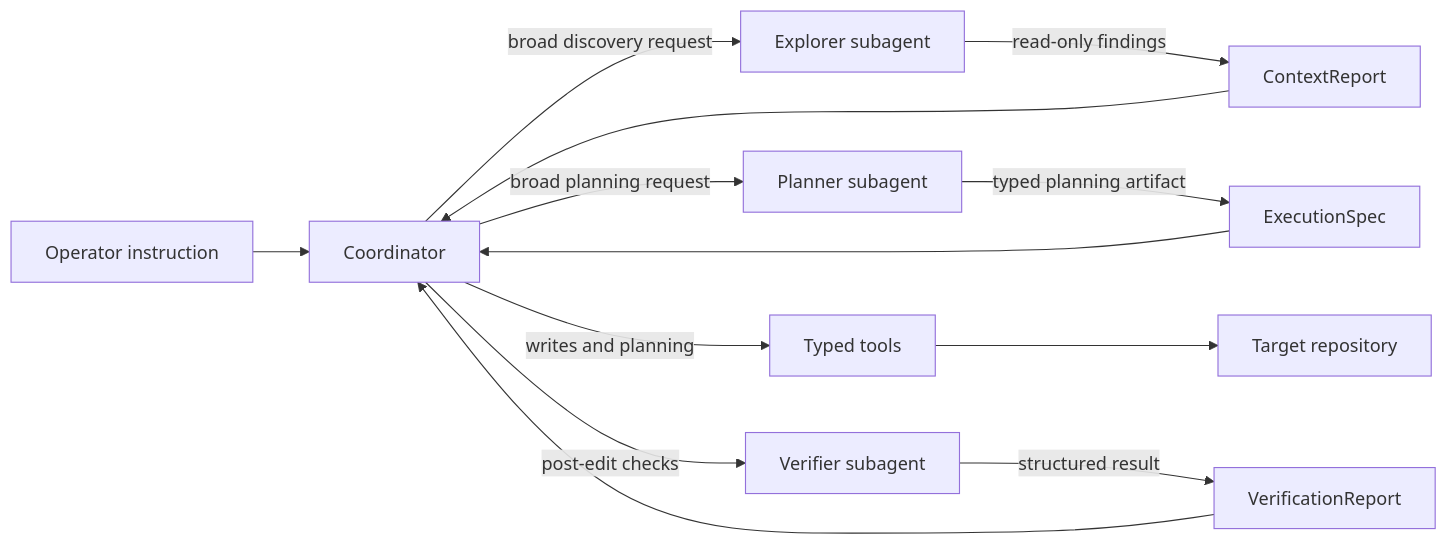
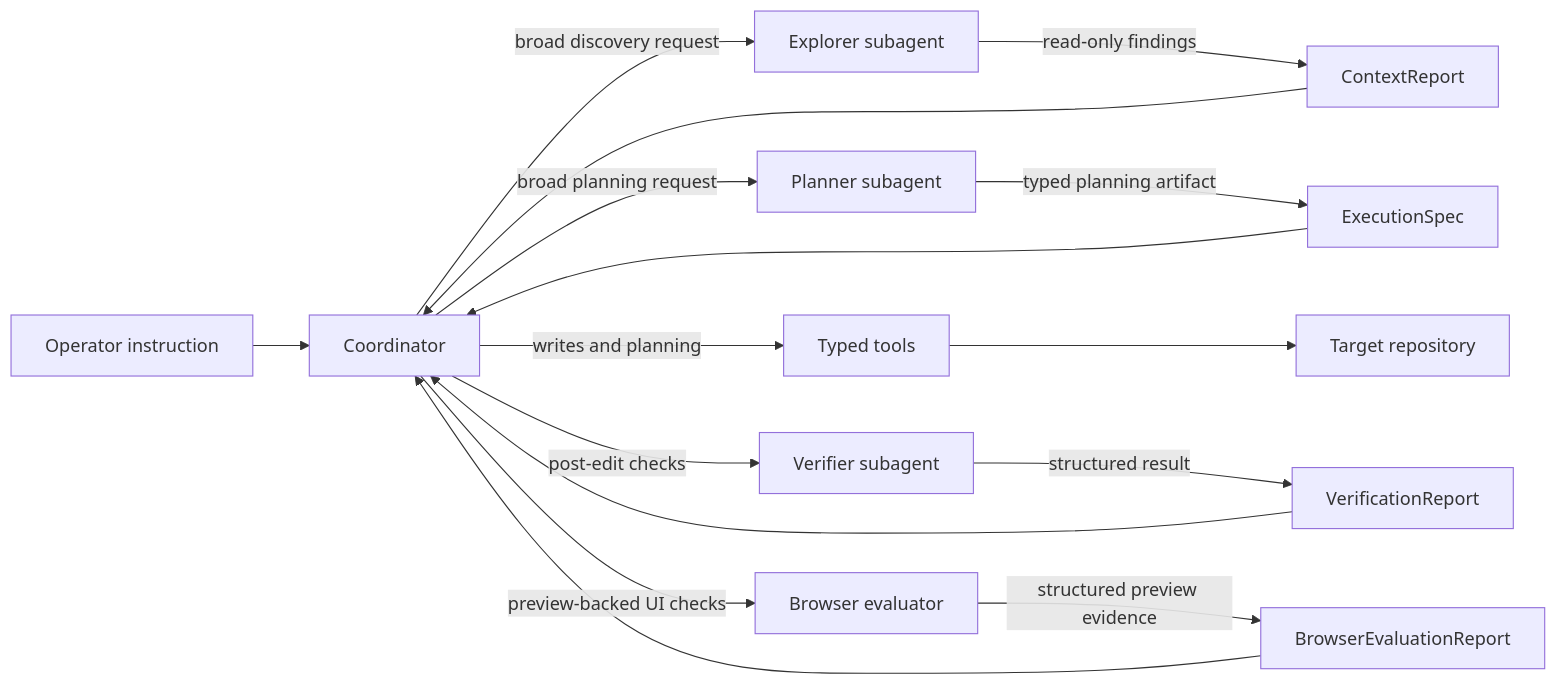
The second of 2 diagrams in shipyard/CODEAGENT.md (thisisyoussef/shipyard), drawn with Mermaid before and after one commit. The commit also changed other lines of this file and 21 other files, not shown here.

First line of the commit message:
docs: refresh runtime architecture guides

````diff
--- a/shipyard/CODEAGENT.md
+++ b/shipyard/CODEAGENT.md
@@ -190,26 +219,31 @@
 ```mermaid
 flowchart LR
   Operator["Operator instruction"]
   Coordinator["Coordinator"]
   Explorer["Explorer subagent"]
   Planner["Planner subagent"]
   Verifier["Verifier subagent"]
+  BrowserEval["Browser evaluator"]
   ContextReport["ContextReport"]
   ExecutionSpec["ExecutionSpec"]
   VerificationReport["VerificationReport"]
+  BrowserReport["BrowserEvaluationReport"]
   Tools["Typed tools"]
   Target["Target repository"]
 
   Operator --> Coordinator
   Coordinator -->|broad discovery request| Explorer
   Explorer -->|read-only findings| ContextReport
   ContextReport --> Coordinator
   Coordinator -->|broad planning request| Planner
   Planner -->|typed planning artifact| ExecutionSpec
   ExecutionSpec --> Coordinator
   Coordinator -->|writes and planning| Tools
   Tools --> Target
   Coordinator -->|post-edit checks| Verifier
   Verifier -->|structured result| VerificationReport
+  Coordinator -->|preview-backed UI checks| BrowserEval
+  BrowserEval -->|structured preview evidence| BrowserReport
   VerificationReport --> Coordinator
+  BrowserReport --> Coordinator
 ```
````
